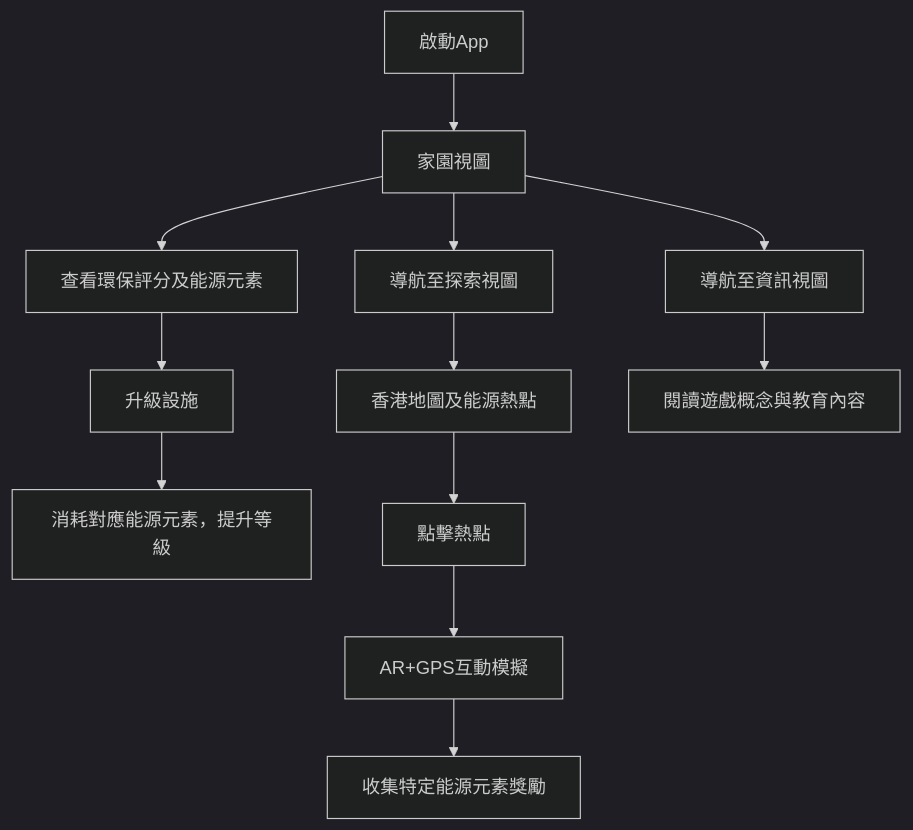
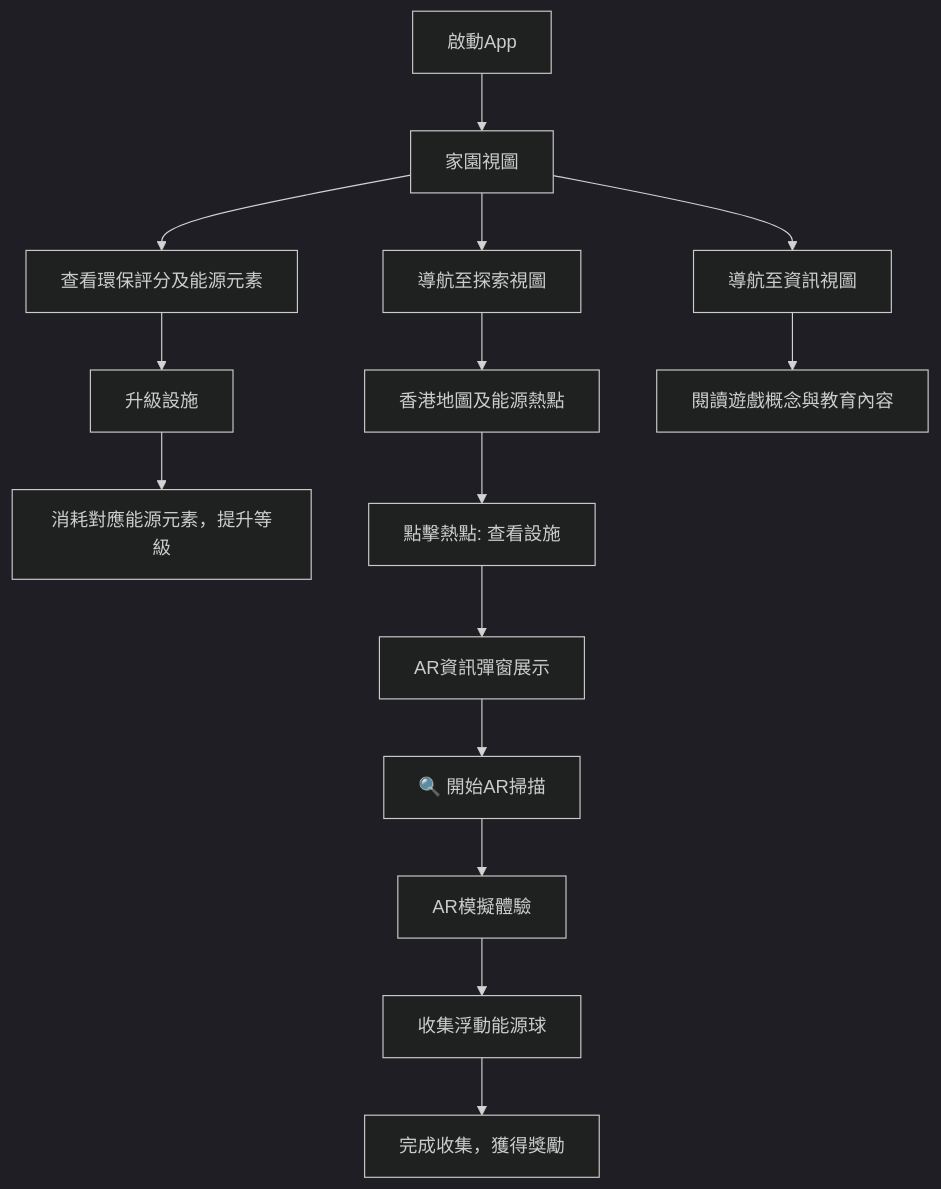
One commit to samsonhsy/ApeRun changed the diagram in docs/Context.md. Above: the diagram before and after it, drawn with Mermaid (dark theme). The commit also changed other lines of this file and 1 other file, not shown here.

````diff
--- a/docs/Context.md
+++ b/docs/Context.md
@@ -20,14 +21,17 @@
 ```mermaid
 graph TD
     A[啟動App] --> B[家園視圖]
     B --> C[查看環保評分及能源元素]
     C --> D[升級設施]
     D --> E[消耗對應能源元素，提升等級]
     B --> F[導航至探索視圖]
     F --> G[香港地圖及能源熱點]
-    G --> H[點擊熱點]
-    H --> I[AR+GPS互動模擬]
-    I --> J[收集特定能源元素獎勵]
-    B --> K[導航至資訊視圖]
-    K --> L[閱讀遊戲概念與教育內容]
+    G --> H[點擊熱點: 查看設施]
+    H --> I[AR資訊彈窗展示]
+    I --> J[🔍 開始AR掃描]
+    J --> K[AR模擬體驗]
+    K --> L[收集浮動能源球]
+    L --> M[完成收集，獲得獎勵]
+    B --> N[導航至資訊視圖]
+    N --> O[閱讀遊戲概念與教育內容]
 ```
````
